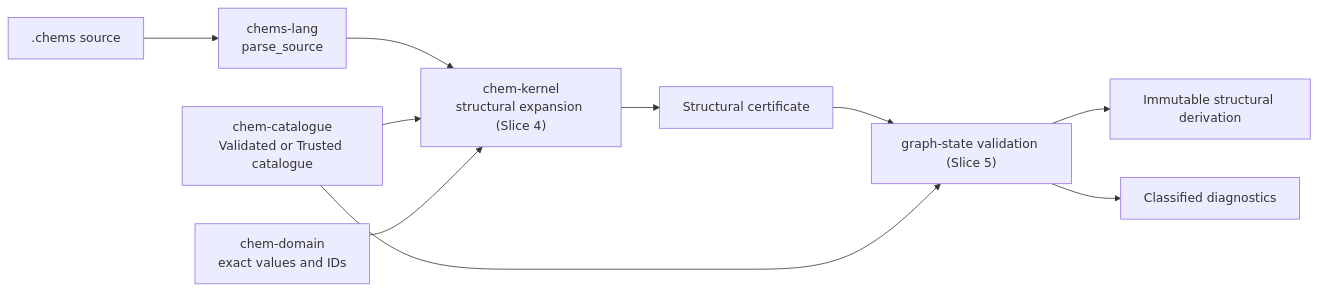
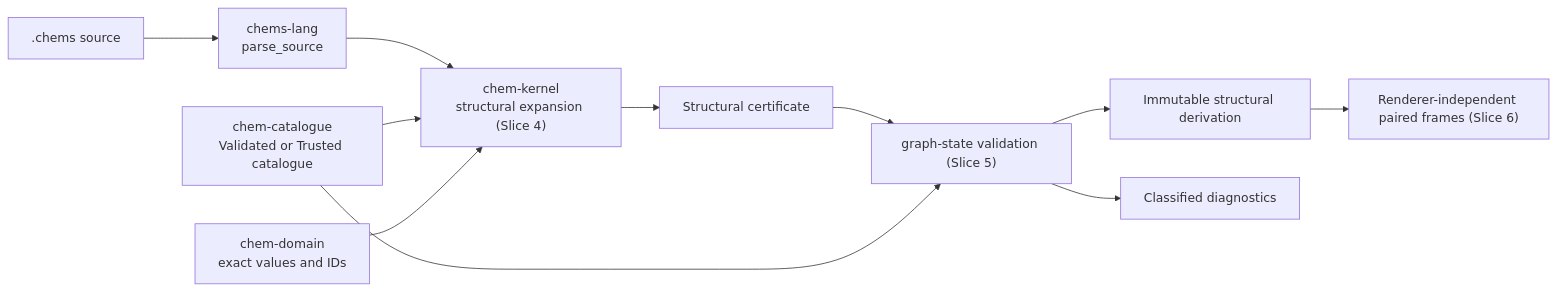
The diagram in crates/chem-kernel/README.md (charles-mills/ChemSpec), drawn with Mermaid before and after one commit. The commit also changed other lines of this file and 26 other files, not shown here.

Commit message:
Structural Slice 6: add deterministic frames and inspection

````diff
--- a/crates/chem-kernel/README.md
+++ b/crates/chem-kernel/README.md
@@ -16,12 +16,13 @@
 ```mermaid
 flowchart LR
     source[".chems source"] --> frontend["chems-lang<br/>parse_source"]
     frontend --> elaborate["chem-kernel<br/>structural expansion (Slice 4)"]
     catalogue["chem-catalogue<br/>Validated or Trusted catalogue"] --> elaborate
     domain["chem-domain<br/>exact values and IDs"] --> elaborate
     elaborate --> hir["Structural certificate"]
     hir --> kernel["graph-state validation (Slice 5)"]
     catalogue --> kernel
     kernel --> derivation["Immutable structural derivation"]
+    derivation --> frames["Renderer-independent paired frames (Slice 6)"]
     kernel --> diagnostics["Classified diagnostics"]
 ```
````
